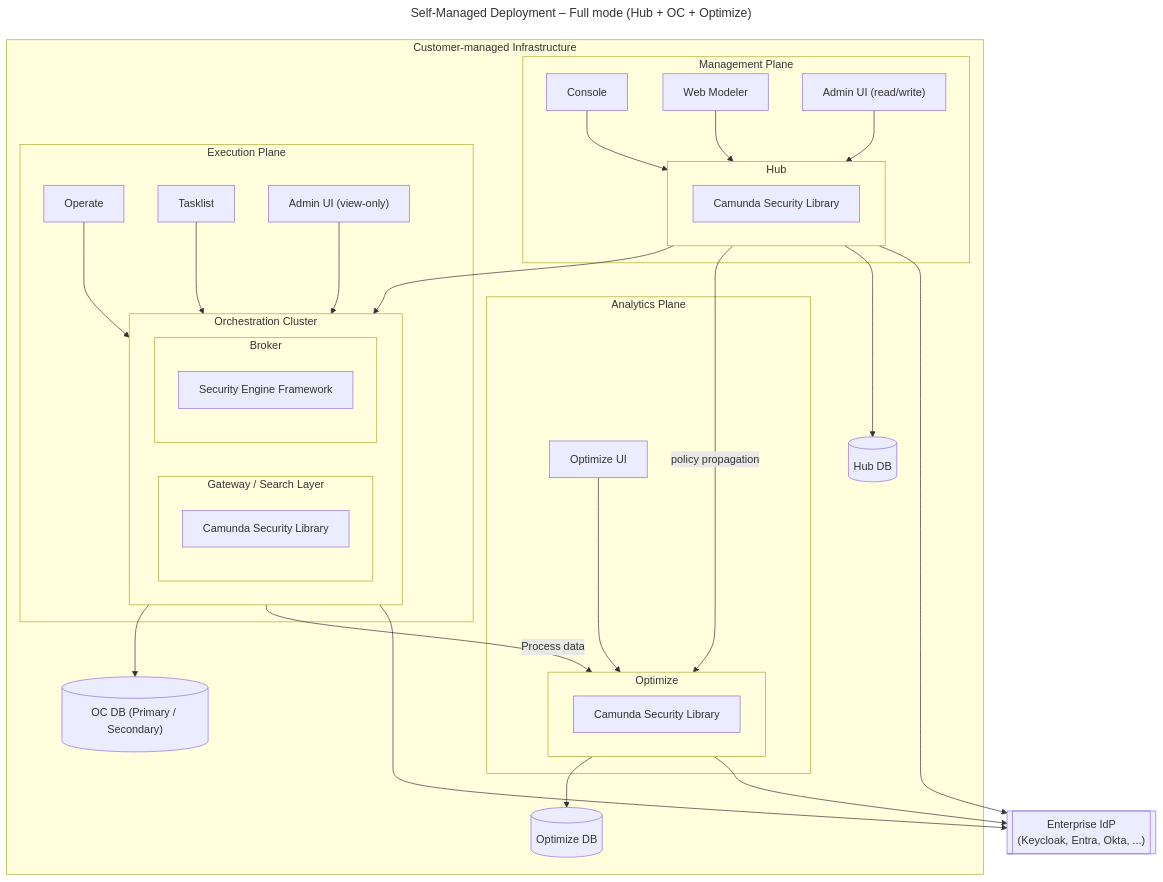
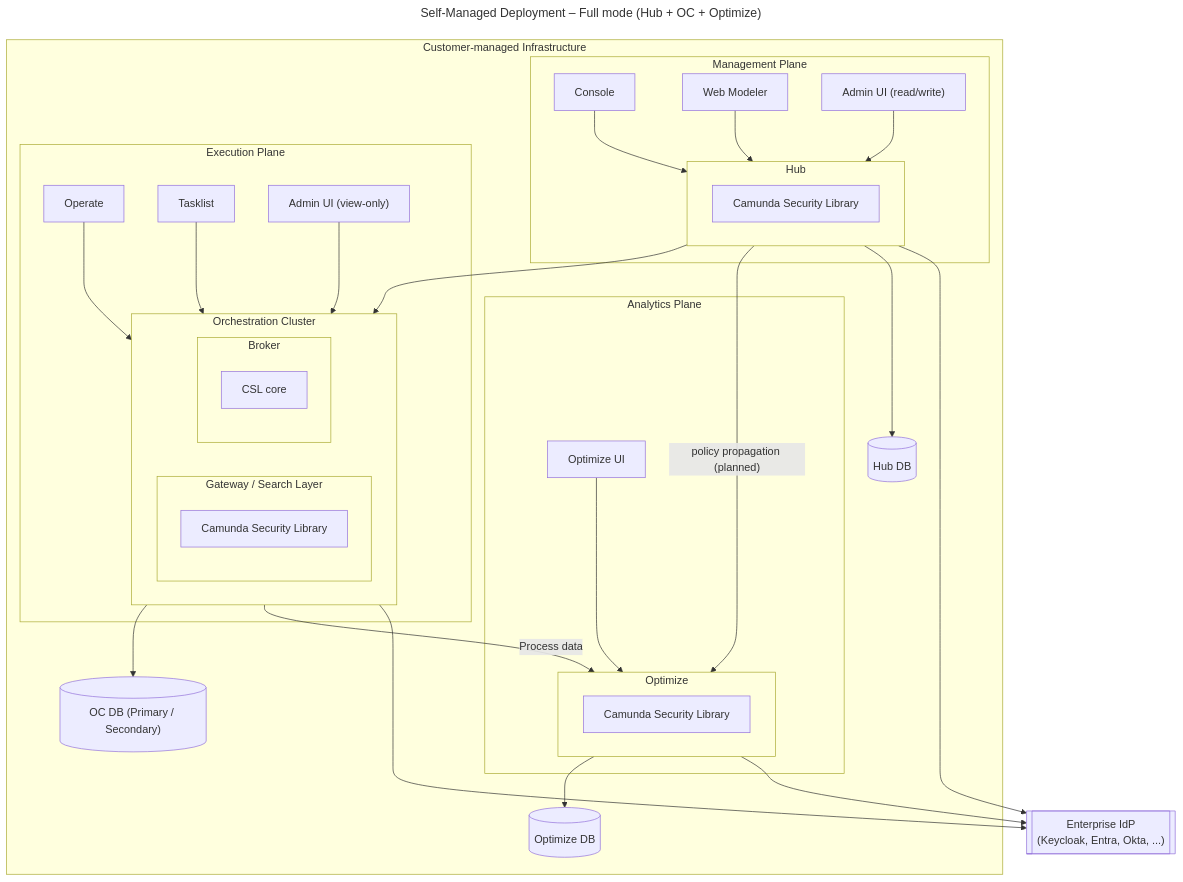
One commit to camunda/camunda-security-library changed the second of 4 diagrams in docs/architecture/07-deployment-view.md. Above: the diagram before and after it, drawn with Mermaid. The commit also changed other lines of this file and 24 other files, not shown here.

First line of the commit message:
docs(architecture): describe post-8.10 rollout state and retire the Security Engine Framework

````diff
--- a/docs/architecture/07-deployment-view.md
+++ b/docs/architecture/07-deployment-view.md
@@ -61,61 +65,61 @@
 ```mermaid
 ---
 title: Self-Managed Deployment – Full mode (Hub + OC + Optimize)
 ---
 flowchart TB
   subgraph Customer["Customer-managed Infrastructure"]
     subgraph MgmtPlane["Management Plane"]
       Console["Console"]
       WebModeler["Web Modeler"]
       AdminHub["Admin UI (read/write)"]
 
       subgraph Hub["Hub"]
         SecGatHub["Camunda Security Library"]
       end
 
       Console & WebModeler & AdminHub --> Hub
     end
 
     subgraph Execution["Execution Plane"]
       Operate["Operate"]
       Tasklist["Tasklist"]
       AdminOC["Admin UI (view-only)"]
 
       subgraph OC["Orchestration Cluster"]
         subgraph GatewayLayer["Gateway / Search Layer"]
           SecGatOC["Camunda Security Library"]
         end
 
         subgraph Broker1["Broker"]
-          SecEngFrame1["Security Engine Framework"]
+          CslCore1["CSL core"]
         end
       end
 
       Operate & Tasklist & AdminOC --> OC
     end
 
     subgraph Analytics["Analytics Plane"]
       OptimizeUI["Optimize UI"]
 
       subgraph OptimizeApp["Optimize"]
         SecGatOpt["Camunda Security Library"]
       end
 
       OptimizeUI --> OptimizeApp
     end
 
     HubDB[("Hub DB")]
     OCDB[("OC DB (Primary / Secondary)")]
     OptDB[("Optimize DB")]
 
     Hub --> OC
-    Hub -->|"policy propagation"| OptimizeApp
+    Hub -->|"policy propagation (planned)"| OptimizeApp
     Hub --> HubDB
     OC --> OCDB
     OptimizeApp --> OptDB
     OC -->|"Process data"| OptimizeApp
   end
 
   EnterpriseIdP[["Enterprise IdP</br>(Keycloak, Entra, Okta, ...)"]]
   Hub & OC & OptimizeApp --> EnterpriseIdP
 ```
````
